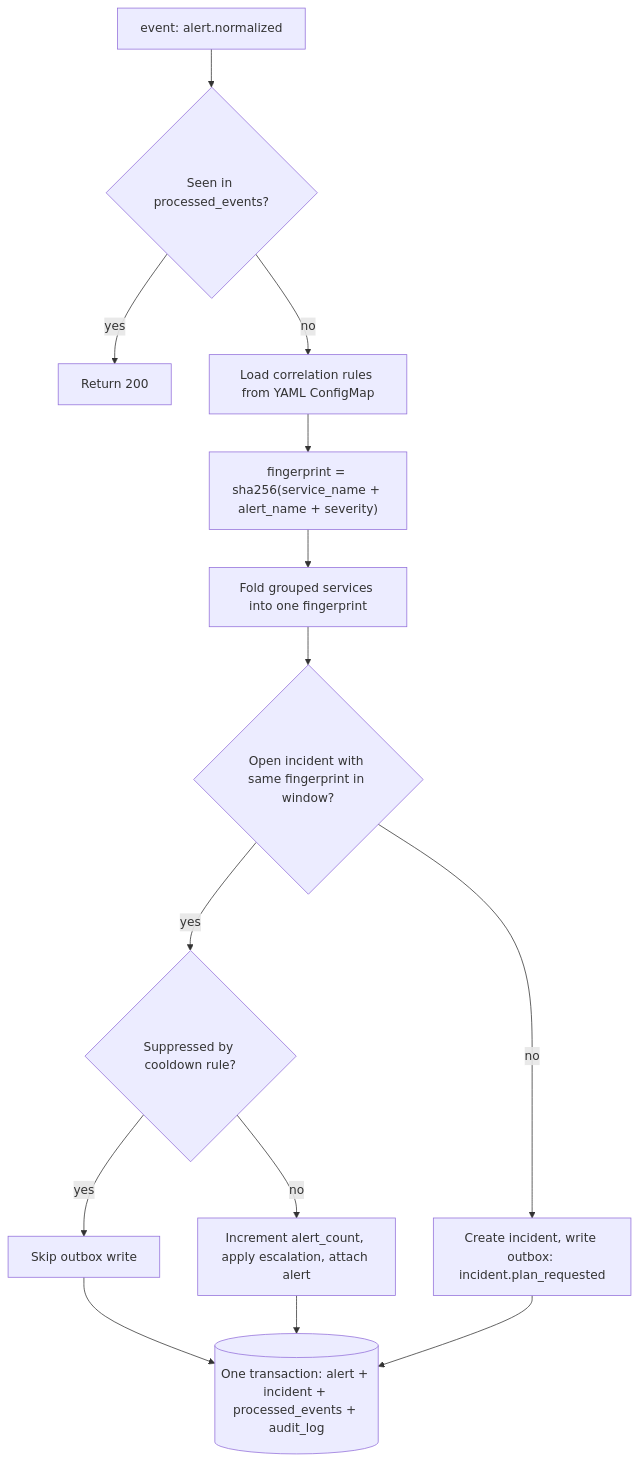
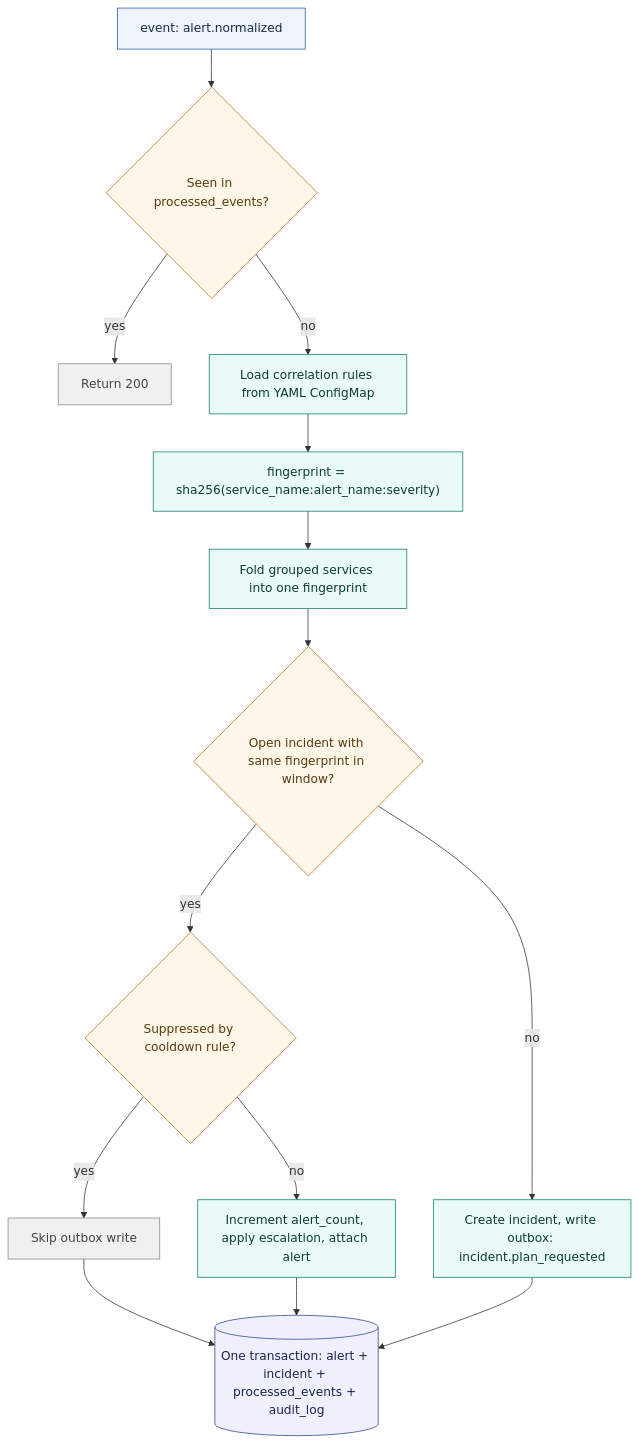
Before and after one commit to k-kohli10/radar-system: the second of 4 diagrams in docs/architecture/agent-pipeline.md, drawn with Mermaid. The commit also changed other lines of this file and 3 other files, not shown here.

First line of the commit message:
docs: polish architecture diagrams and clarify supporting-service framing

````diff
--- a/docs/architecture/agent-pipeline.md
+++ b/docs/architecture/agent-pipeline.md
@@ -60,16 +67,28 @@
 ```mermaid
 flowchart TD
     A[event: alert.normalized] --> B{Seen in processed_events?}
     B -- yes --> R200[Return 200]
     B -- no --> C[Load correlation rules from YAML ConfigMap]
-    C --> D["fingerprint = sha256(service_name + alert_name + severity)"]
+    C --> D["fingerprint = sha256(service_name:alert_name:severity)"]
     D --> E[Fold grouped services into one fingerprint]
     E --> F{Open incident with same fingerprint in window?}
     F -- yes --> G{Suppressed by cooldown rule?}
     G -- yes --> H[Skip outbox write]
     G -- no --> I[Increment alert_count, apply escalation, attach alert]
     F -- no --> J[Create incident, write outbox: incident.plan_requested]
     H --> K[(One transaction: alert + incident + processed_events + audit_log)]
     I --> K
     J --> K
+
+    classDef event fill:#eef3fc,stroke:#2f5fa8,color:#1a2b4a;
+    classDef decision fill:#fef6e9,stroke:#b5761f,color:#5a3a0a;
+    classDef action fill:#eafaf6,stroke:#127d69,color:#0b3d33;
+    classDef terminal fill:#f0f0f0,stroke:#888888,color:#444444;
+    classDef commit fill:#eef1fb,stroke:#33418f,color:#1a2350;
+
+    class A event
+    class B,F,G decision
+    class C,D,E,I,J action
+    class R200,H terminal
+    class K commit
 ```
````
